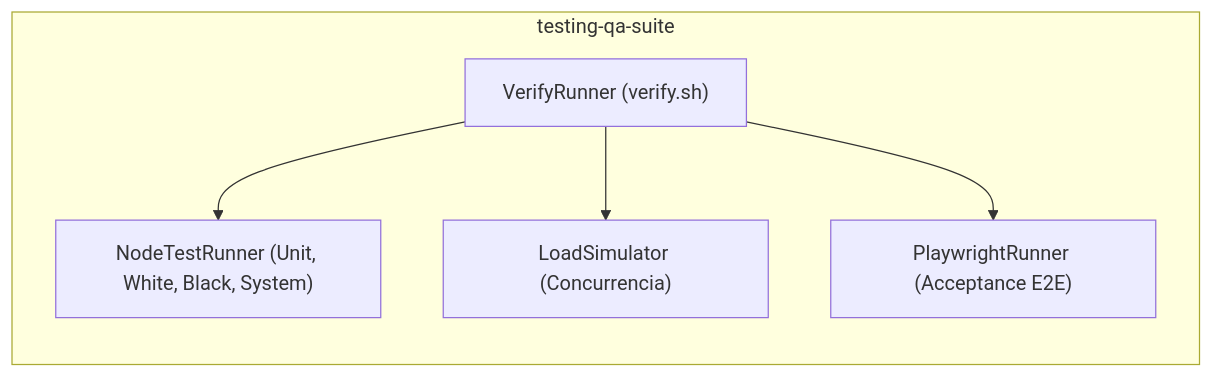
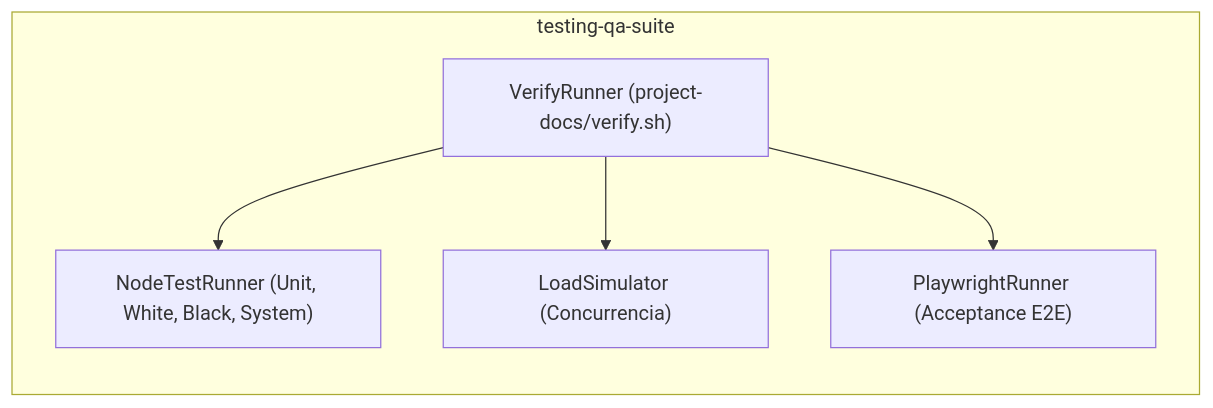
The first of 6 diagrams in project-docs/knowledge/modules/testing-qa-suite/diagrams.md (Nayid4/ContextForge), drawn with Mermaid before and after one commit. The commit also changed other lines of this file and 106 other files, not shown here.

Commit message:
feat(harness): encapsulate specs, verify.sh and project-spec in project-docs

````diff
--- a/project-docs/knowledge/modules/testing-qa-suite/diagrams.md
+++ b/project-docs/knowledge/modules/testing-qa-suite/diagrams.md
@@ -17,13 +17,13 @@
 ```mermaid
 flowchart LR
   subgraph ModuleQA["testing-qa-suite"]
-    compRunner["VerifyRunner (verify.sh)"]
+    compRunner["VerifyRunner (project-docs/verify.sh)"]
     compUnit["NodeTestRunner (Unit, White, Black, System)"]
     compPlaywright["PlaywrightRunner (Acceptance E2E)"]
     compLoad["LoadSimulator (Concurrencia)"]
   end
 
   compRunner --> compUnit
   compRunner --> compLoad
   compRunner --> compPlaywright
 ```
````
